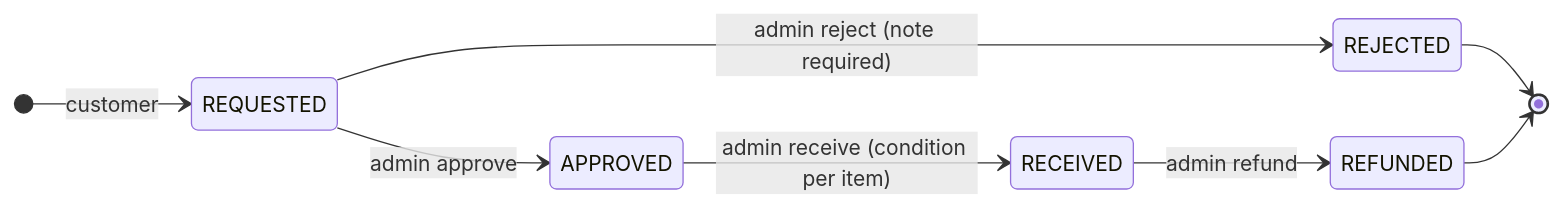
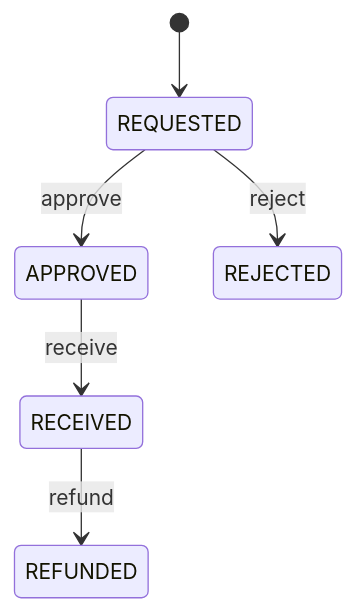
Before and after one commit to slawekradzyminski/awesome-localstack: the first of 2 diagrams in docs-site/docs/flows/returns-refunds.md, drawn with Mermaid. The commit also changed other lines of this file and 27 other files, not shown here.

First line of the commit message:
Fix unrendered wiki diagrams and make every diagram readable

````diff
--- a/docs-site/docs/flows/returns-refunds.md
+++ b/docs-site/docs/flows/returns-refunds.md
@@ -10,11 +10,8 @@
 ```mermaid
 stateDiagram-v2
-    direction LR
-    [*] --> REQUESTED: customer
-    REQUESTED --> APPROVED: admin approve
-    REQUESTED --> REJECTED: admin reject (note required)
-    APPROVED --> RECEIVED: admin receive (condition per item)
-    RECEIVED --> REFUNDED: admin refund
-    REJECTED --> [*]
-    REFUNDED --> [*]
+    [*] --> REQUESTED
+    REQUESTED --> APPROVED: approve
+    REQUESTED --> REJECTED: reject
+    APPROVED --> RECEIVED: receive
+    RECEIVED --> REFUNDED: refund
 ```
````
